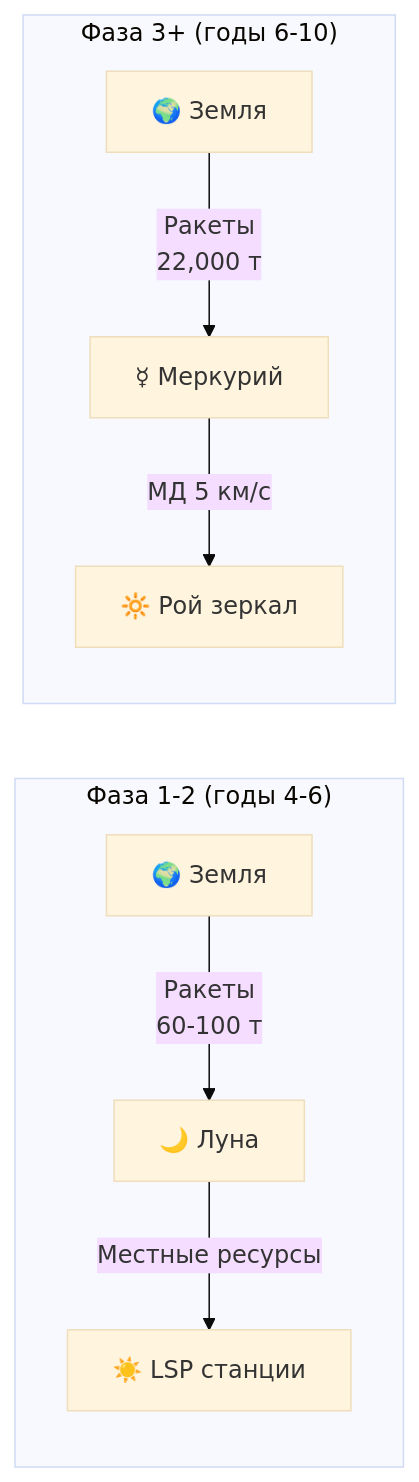
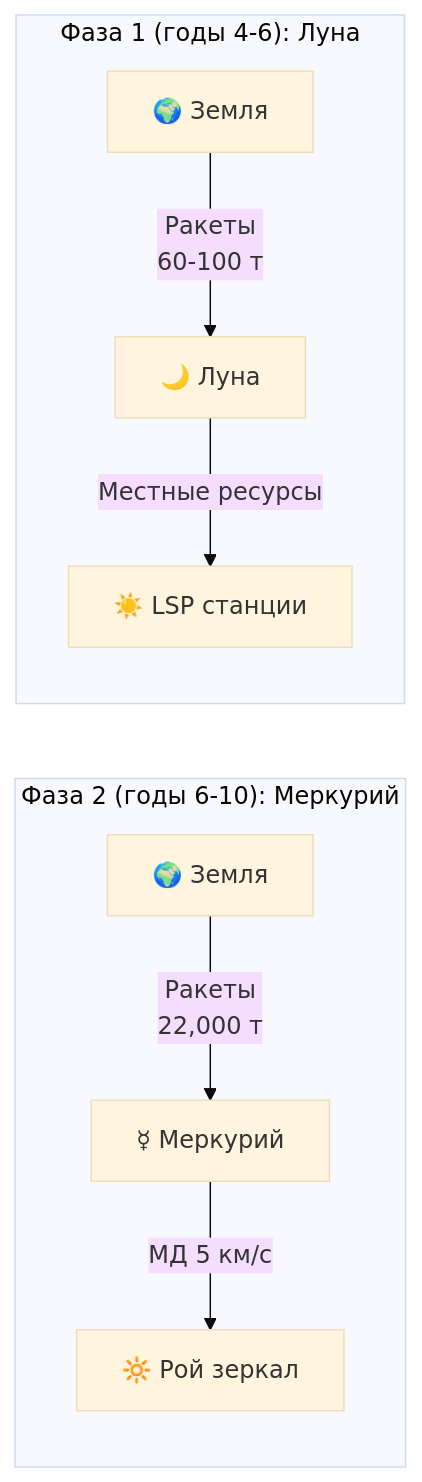
The first of 3 diagrams in ru/science/detailed/delivery.qmd (DmitryNasikanov/infinite-energy), drawn with Mermaid (base theme) before and after one commit. The commit also changed 16 other files, not shown here.

````diff
--- a/ru/science/detailed/delivery.qmd
+++ b/ru/science/detailed/delivery.qmd
@@ -88,13 +88,13 @@
 ```{mermaid}
 %%| fig-width: 8
 flowchart LR
-    subgraph "Фаза 1-2 (годы 4-6)"
+    subgraph "Фаза 2 (годы 6-10): Меркурий"
+        E2[🌍 Земля] -->|"Ракеты<br>22,000 т"| M[☿ Меркурий]
+        M -->|"МД 5 км/с"| R[🔆 Рой зеркал]
+    end
+
+    subgraph "Фаза 1 (годы 4-6): Луна"
         E1[🌍 Земля] -->|"Ракеты<br>60-100 т"| L[🌙 Луна]
         L -->|"Местные ресурсы"| LSP[☀️ LSP станции]
     end
-
-    subgraph "Фаза 3+ (годы 6-10)"
-        E2[🌍 Земля] -->|"Ракеты<br>22,000 т"| M[☿ Меркурий]
-        M -->|"МД 5 км/с"| R[🔆 Рой зеркал]
-    end
 ```
````
